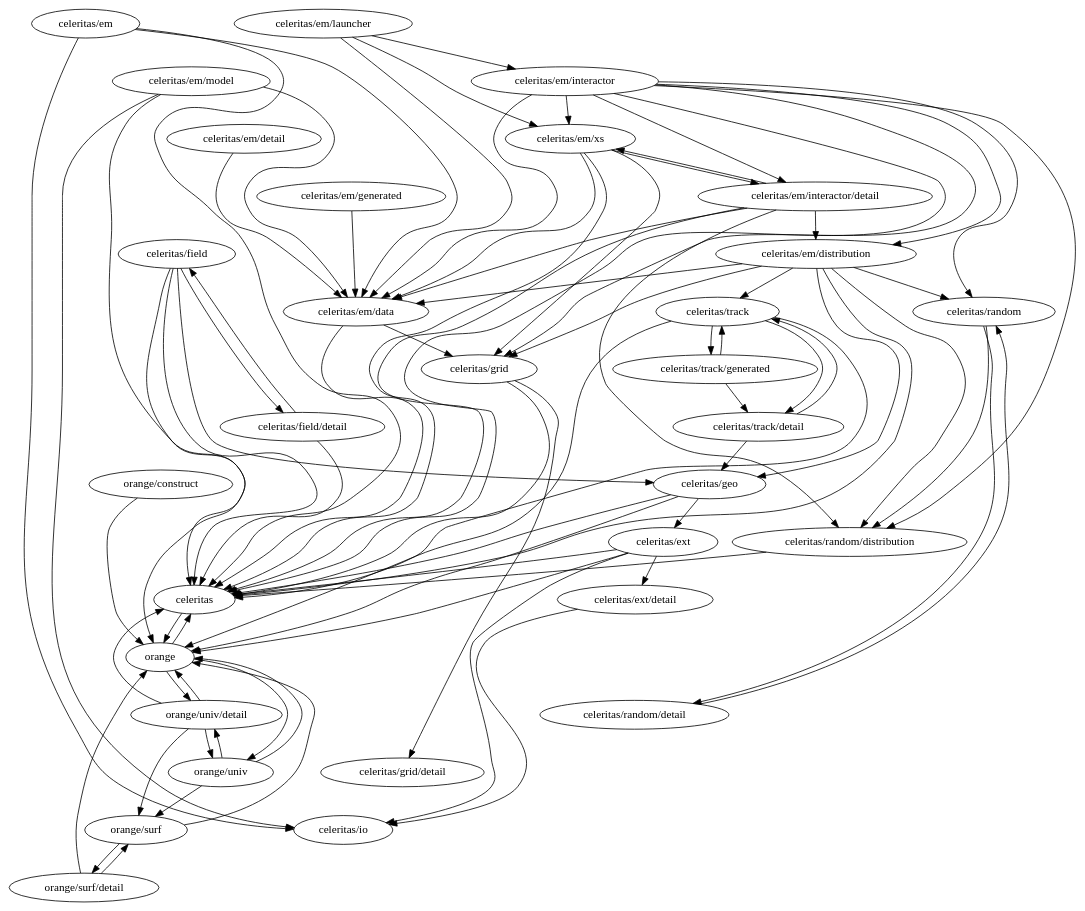
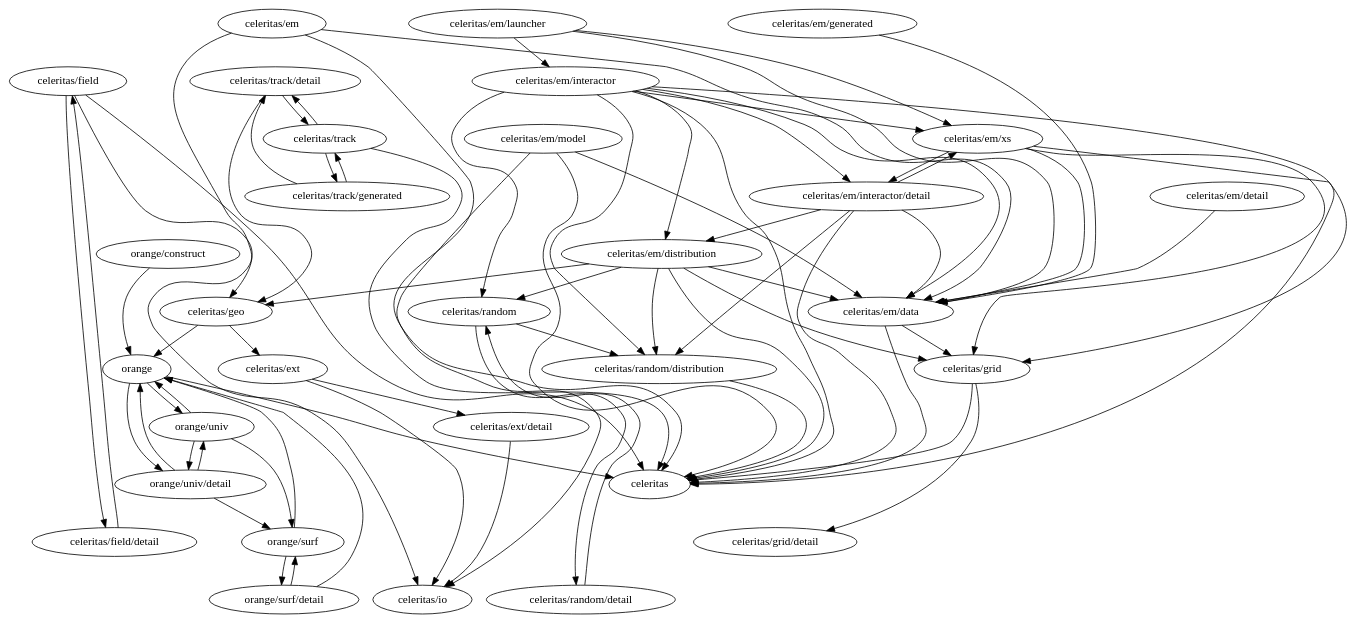
One commit to simbarras/celeritas-docs changed the diagram in nb/admin/fig/simple_new.dot. Above: the diagram before and after it, drawn with Graphviz. The commit also changed 18 other files, not shown here.

```diff
--- a/nb/admin/fig/simple_new.dot
+++ b/nb/admin/fig/simple_new.dot
@@ -1,83 +1,74 @@
 digraph packages {
-"celeritas/ext" -> "celeritas/ext/detail" [weight=0.376] // [1.0, 0.2, 0.5, 0.3333333333333333, 0.1111111111111111, 0.1111111111111111]
-"celeritas/field" -> "celeritas" [weight=0.150] // [0.3333333333333333, 0.25, 0.25, 0.3333333333333333, 0.3333333333333333]
-"celeritas/field" -> "celeritas/geo" [weight=0.312] // [0.125, 0.5]
-"celeritas/field" -> "orange" [weight=0.156] // [0.125, 0.5]
-"celeritas/field" -> "celeritas/field/detail" [weight=0.229] // [0.125, 0.3333333333333333]
-"celeritas/field/detail" -> "celeritas/field" [weight=0.167] // [0.16666666666666666]
-"celeritas/field/detail" -> "celeritas" [weight=0.083] // [0.16666666666666666]
-"orange" -> "celeritas" [weight=0.085] // [0.2, 0.16666666666666666, 0.14285714285714285]
+"celeritas/ext" -> "celeritas/ext/detail" [weight=0.384] // [1.0, 0.2, 0.5, 0.3333333333333333, 0.14285714285714285, 0.125]
+"celeritas/field" -> "celeritas" [weight=0.153] // [0.3333333333333333, 0.25, 0.3333333333333333]
+"celeritas/field" -> "celeritas/geo" [weight=0.571] // [0.14285714285714285, 1.0]
+"celeritas/field" -> "celeritas/field/detail" [weight=0.238] // [0.14285714285714285, 0.3333333333333333]
+"celeritas/field/detail" -> "celeritas/field" [weight=0.200] // [0.2]
 "celeritas/geo" -> "celeritas/ext" [weight=0.500] // [0.5, 0.5, 0.5]
-"celeritas/geo" -> "orange" [weight=0.229] // [0.5, 0.3333333333333333, 0.5, 0.5]
-"celeritas/geo" -> "celeritas" [weight=0.125] // [0.3333333333333333, 0.16666666666666666]
+"celeritas/geo" -> "orange" [weight=0.250] // [0.5, 0.5, 0.5]
 "celeritas/ext" -> "celeritas/io" [weight=0.417] // [0.5, 0.3333333333333333]
 "celeritas/ext/detail" -> "celeritas/io" [weight=0.333] // [0.3333333333333333]
-"orange" -> "orange/univ" [weight=0.071] // [0.14285714285714285]
-"orange" -> "orange/univ/detail" [weight=0.071] // [0.14285714285714285]
-"orange/construct" -> "orange" [weight=0.223] // [1.0, 0.2, 0.3333333333333333, 0.25]
-"orange/surf" -> "orange" [weight=0.257] // [0.16666666666666666, 0.16666666666666666, 0.25, 0.5, 1.0, 1.0]
+"orange" -> "celeritas" [weight=0.100] // [0.2]
+"orange" -> "orange/univ" [weight=0.100] // [0.2]
+"orange" -> "orange/univ/detail" [weight=0.100] // [0.2]
+"orange/construct" -> "orange" [weight=0.233] // [1.0, 0.2, 0.3333333333333333, 0.3333333333333333]
+"orange/surf" -> "orange" [weight=0.258] // [0.16666666666666666, 0.16666666666666666, 0.25, 1.0, 1.0]
 "orange/surf" -> "orange/surf/detail" [weight=0.200] // [0.16666666666666666, 0.16666666666666666, 0.16666666666666666, 0.16666666666666666, 0.3333333333333333]
 "orange/surf/detail" -> "orange" [weight=0.087] // [0.25, 0.1]
 "orange/surf/detail" -> "orange/surf" [weight=0.100] // [0.1]
 "orange/univ" -> "orange" [weight=0.078] // [0.1111111111111111, 0.2]
 "orange/univ" -> "orange/surf" [weight=0.111] // [0.1111111111111111]
 "orange/univ" -> "orange/univ/detail" [weight=0.111] // [0.1111111111111111]
 "orange/univ/detail" -> "orange" [weight=0.146] // [0.25, 0.3333333333333333]
 "orange/univ/detail" -> "orange/surf" [weight=0.143] // [0.14285714285714285]
 "orange/univ/detail" -> "orange/univ" [weight=0.171] // [0.14285714285714285, 0.2]
-"orange/univ/detail" -> "celeritas" [weight=0.100] // [0.2]
-"celeritas/em/interactor" -> "celeritas" [weight=0.039] // [0.14285714285714285, 0.14285714285714285, 0.058823529411764705, 0.05263157894736842, 0.08333333333333333, 0.07692307692307693, 0.0625, 0.058823529411764705, 0.0625, 0.07692307692307693, 0.05555555555555555, 0.0625]
-"celeritas/em/interactor" -> "celeritas/random/distribution" [weight=0.085] // [0.14285714285714285, 0.14285714285714285, 0.058823529411764705, 0.08333333333333333, 0.07692307692307693, 0.0625, 0.058823529411764705, 0.0625, 0.07692307692307693]
-"celeritas/em/interactor" -> "celeritas/em/data" [weight=0.117] // [0.14285714285714285, 0.14285714285714285, 0.058823529411764705, 0.05263157894736842, 0.08333333333333333, 0.07692307692307693, 0.0625, 0.058823529411764705, 0.0625, 0.07692307692307693, 0.05555555555555555, 0.0625]
-"celeritas/em/data" -> "celeritas" [weight=0.121] // [0.16666666666666666, 0.2, 0.3333333333333333, 0.25, 0.5, 0.25, 0.16666666666666666, 0.3333333333333333, 0.25, 0.2, 0.14285714285714285, 0.14285714285714285, 0.2]
+"celeritas/em/interactor" -> "celeritas" [weight=0.040] // [0.14285714285714285, 0.14285714285714285, 0.058823529411764705, 0.05555555555555555, 0.08333333333333333, 0.07692307692307693, 0.0625, 0.058823529411764705, 0.0625, 0.08333333333333333, 0.058823529411764705, 0.06666666666666667]
+"celeritas/em/interactor" -> "celeritas/random/distribution" [weight=0.086] // [0.14285714285714285, 0.14285714285714285, 0.058823529411764705, 0.08333333333333333, 0.07692307692307693, 0.0625, 0.058823529411764705, 0.0625, 0.08333333333333333]
+"celeritas/em/interactor" -> "celeritas/em/data" [weight=0.119] // [0.14285714285714285, 0.14285714285714285, 0.058823529411764705, 0.05555555555555555, 0.08333333333333333, 0.07692307692307693, 0.0625, 0.058823529411764705, 0.0625, 0.08333333333333333, 0.058823529411764705, 0.06666666666666667]
+"celeritas/em/data" -> "celeritas" [weight=0.108] // [0.2, 0.25, 0.25, 0.16666666666666666, 0.3333333333333333, 0.25, 0.2, 0.14285714285714285, 0.16666666666666666, 0.2]
 "celeritas/em" -> "celeritas/io" [weight=0.200] // [0.2]
 "celeritas/em" -> "celeritas" [weight=0.100] // [0.2]
 "celeritas/em" -> "celeritas/em/data" [weight=0.200] // [0.2]
 "celeritas/em/model" -> "celeritas/em/data" [weight=0.436] // [0.3333333333333333, 0.2, 0.3333333333333333, 0.3333333333333333, 0.16666666666666666, 0.5, 0.3333333333333333, 0.25, 0.25, 0.16666666666666666, 0.3333333333333333]
-"celeritas/em/xs" -> "celeritas" [weight=0.055] // [0.125, 0.1, 0.1111111111111111, 0.1]
-"celeritas/em/xs" -> "celeritas/em/data" [weight=0.168] // [0.125, 0.1111111111111111, 0.1]
-"celeritas/em/distribution" -> "celeritas" [weight=0.087] // [0.125, 0.5, 0.16666666666666666, 0.16666666666666666, 0.2, 0.08333333333333333, 0.07692307692307693, 0.06666666666666667]
-"celeritas/em/distribution" -> "celeritas/em/data" [weight=0.174] // [0.125, 0.125, 0.16666666666666666, 0.16666666666666666, 0.08333333333333333, 0.07692307692307693, 0.06666666666666667]
+"celeritas/em/xs" -> "celeritas" [weight=0.059] // [0.125, 0.1111111111111111, 0.125, 0.1111111111111111]
+"celeritas/em/xs" -> "celeritas/em/data" [weight=0.181] // [0.125, 0.125, 0.1111111111111111]
+"celeritas/em/distribution" -> "celeritas" [weight=0.087] // [0.125, 0.5, 0.16666666666666666, 0.16666666666666666, 0.2, 0.09090909090909091, 0.07142857142857142, 0.07692307692307693]
+"celeritas/em/distribution" -> "celeritas/em/data" [weight=0.176] // [0.125, 0.125, 0.16666666666666666, 0.16666666666666666, 0.09090909090909091, 0.07142857142857142, 0.07692307692307693]
 "celeritas/em/model" -> "celeritas/io" [weight=0.167] // [0.16666666666666666, 0.16666666666666666]
 "celeritas/em/model" -> "celeritas" [weight=0.083] // [0.16666666666666666]
 "celeritas/em/interactor" -> "celeritas/em/xs" [weight=0.091] // [0.058823529411764705, 0.0625]
 "celeritas/em/interactor" -> "celeritas/em/distribution" [weight=0.088] // [0.058823529411764705, 0.058823529411764705]
 "celeritas/em/launcher" -> "celeritas/em/data" [weight=0.326] // [0.2, 0.25, 0.25, 0.3333333333333333, 0.14285714285714285, 0.2, 0.2, 0.2, 0.2, 0.2]
 "celeritas/em/launcher" -> "celeritas/em/interactor" [weight=0.326] // [0.2, 0.25, 0.25, 0.3333333333333333, 0.14285714285714285, 0.2, 0.2, 0.2, 0.2, 0.2]
-"celeritas/em/interactor/detail" -> "celeritas/random/distribution" [weight=0.153] // [0.2, 0.25, 0.08333333333333333, 0.07692307692307693]
-"celeritas/em/interactor/detail" -> "celeritas" [weight=0.094] // [0.25, 0.3333333333333333, 0.08333333333333333, 0.07692307692307693, 0.2]
-"celeritas/em/interactor/detail" -> "celeritas/em/distribution" [weight=0.263] // [0.25, 0.07692307692307693, 0.2]
-"celeritas/em/interactor" -> "celeritas/em/interactor/detail" [weight=0.086] // [0.05263157894736842, 0.058823529411764705, 0.05555555555555555, 0.0625]
-"celeritas/em/distribution" -> "celeritas/random/distribution" [weight=0.157] // [0.16666666666666666, 0.16666666666666666, 0.125, 0.2, 0.16666666666666666, 0.16666666666666666, 0.2, 0.06666666666666667]
-"celeritas/em/xs" -> "celeritas/grid" [weight=0.106] // [0.1, 0.1111111111111111]
-"celeritas/em/xs" -> "celeritas/em/interactor/detail" [weight=0.150] // [0.1, 0.1]
-"celeritas/em/data" -> "celeritas/grid" [weight=0.155] // [0.16666666666666666, 0.14285714285714285]
+"celeritas/em/interactor/detail" -> "celeritas/random/distribution" [weight=0.156] // [0.2, 0.25, 0.09090909090909091, 0.08333333333333333]
+"celeritas/em/interactor/detail" -> "celeritas" [weight=0.096] // [0.25, 0.3333333333333333, 0.09090909090909091, 0.08333333333333333, 0.2]
+"celeritas/em/interactor/detail" -> "celeritas/em/distribution" [weight=0.267] // [0.25, 0.08333333333333333, 0.2]
+"celeritas/em/interactor" -> "celeritas/em/interactor/detail" [weight=0.090] // [0.05555555555555555, 0.058823529411764705, 0.058823529411764705, 0.06666666666666667]
+"celeritas/em/distribution" -> "celeritas/random/distribution" [weight=0.149] // [0.16666666666666666, 0.16666666666666666, 0.125, 0.2, 0.16666666666666666, 0.16666666666666666, 0.2, 0.07142857142857142, 0.07692307692307693]
+"celeritas/em/xs" -> "celeritas/grid" [weight=0.118] // [0.1111111111111111, 0.125]
+"celeritas/em/xs" -> "celeritas/em/interactor/detail" [weight=0.167] // [0.1111111111111111, 0.1111111111111111]
+"celeritas/em/data" -> "celeritas/grid" [weight=0.167] // [0.16666666666666666, 0.16666666666666666]
 "celeritas/em/interactor" -> "celeritas/grid" [weight=0.062] // [0.0625]
 "celeritas/em/launcher" -> "celeritas/em/xs" [weight=0.214] // [0.14285714285714285]
-"celeritas/em/interactor/detail" -> "celeritas/em/xs" [weight=0.125] // [0.08333333333333333]
-"celeritas/em/interactor/detail" -> "celeritas/em/data" [weight=0.120] // [0.08333333333333333, 0.07692307692307693]
-"celeritas/em/interactor" -> "celeritas/random" [weight=0.077] // [0.07692307692307693]
-"celeritas/em/distribution" -> "celeritas/grid" [weight=0.112] // [0.16666666666666666, 0.16666666666666666, 0.08333333333333333, 0.07692307692307693, 0.06666666666666667]
-"celeritas/em/distribution" -> "celeritas/geo" [weight=0.072] // [0.07692307692307693, 0.06666666666666667]
-"celeritas/em/distribution" -> "celeritas/random" [weight=0.067] // [0.06666666666666667]
-"celeritas/em/distribution" -> "celeritas/track" [weight=0.067] // [0.06666666666666667]
+"celeritas/em/interactor/detail" -> "celeritas/em/xs" [weight=0.136] // [0.09090909090909091]
+"celeritas/em/interactor/detail" -> "celeritas/em/data" [weight=0.131] // [0.09090909090909091, 0.08333333333333333]
+"celeritas/em/interactor" -> "celeritas/random" [weight=0.083] // [0.08333333333333333]
+"celeritas/em/distribution" -> "celeritas/grid" [weight=0.115] // [0.16666666666666666, 0.16666666666666666, 0.09090909090909091, 0.07142857142857142, 0.07692307692307693]
+"celeritas/em/distribution" -> "celeritas/geo" [weight=0.074] // [0.07142857142857142, 0.07692307692307693]
+"celeritas/em/distribution" -> "celeritas/random" [weight=0.077] // [0.07692307692307693]
 "celeritas/em/detail" -> "celeritas/em/data" [weight=0.500] // [0.3333333333333333]
 "celeritas/em/generated" -> "celeritas/em/data" [weight=0.375] // [0.25, 0.25, 0.25, 0.25, 0.25, 0.25, 0.25, 0.25, 0.25, 0.25]
-"celeritas/grid" -> "celeritas" [weight=0.103] // [0.16666666666666666, 0.25, 0.2]
-"celeritas/grid" -> "celeritas/grid/detail" [weight=0.206] // [0.16666666666666666, 0.2, 0.25]
+"celeritas/grid" -> "celeritas/grid/detail" [weight=0.217] // [0.2, 0.2, 0.25]
+"celeritas/grid" -> "celeritas" [weight=0.125] // [0.25]
 "celeritas/random" -> "celeritas/random/detail" [weight=0.155] // [0.14285714285714285, 0.16666666666666666]
 "celeritas/random" -> "celeritas/random/distribution" [weight=0.250] // [0.25, 0.3333333333333333, 0.16666666666666666]
 "celeritas/random/detail" -> "celeritas/random" [weight=0.333] // [0.3333333333333333]
 "celeritas/random/distribution" -> "celeritas" [weight=0.100] // [0.16666666666666666, 0.25, 0.16666666666666666, 0.16666666666666666, 0.25]
-"celeritas/track" -> "celeritas" [weight=0.069] // [0.16666666666666666, 0.1111111111111111]
-"celeritas/track" -> "orange" [weight=0.056] // [0.1111111111111111]
+"celeritas/track" -> "celeritas" [weight=0.073] // [0.16666666666666666, 0.125]
 "celeritas/track" -> "celeritas/track/detail" [weight=0.100] // [0.1]
 "celeritas/track" -> "celeritas/track/generated" [weight=0.100] // [0.1]
-"celeritas" -> "orange" [weight=0.125] // [0.25]
-"celeritas/track/detail" -> "celeritas/geo" [weight=0.131] // [0.1, 0.125, 0.16666666666666666]
-"celeritas/track/detail" -> "celeritas/track" [weight=0.223] // [0.1, 0.125, 0.5, 0.16666666666666666]
+"celeritas/track/detail" -> "celeritas/geo" [weight=0.123] // [0.1, 0.125, 0.14285714285714285]
+"celeritas/track/detail" -> "celeritas/track" [weight=0.217] // [0.1, 0.125, 0.5, 0.14285714285714285]
 "celeritas/track/generated" -> "celeritas/track/detail" [weight=0.287] // [0.2, 0.2, 0.16666666666666666, 0.2]
 "celeritas/track/generated" -> "celeritas/track" [weight=0.192] // [0.2, 0.2, 0.16666666666666666, 0.2]
-"celeritas/ext" -> "orange" [weight=0.093] // [0.1111111111111111, 0.3333333333333333, 0.1111111111111111]
-"celeritas/ext" -> "celeritas" [weight=0.056] // [0.1111111111111111]
 }
```
